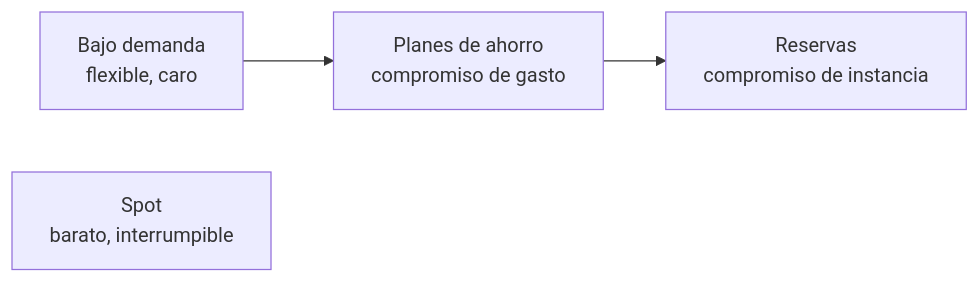
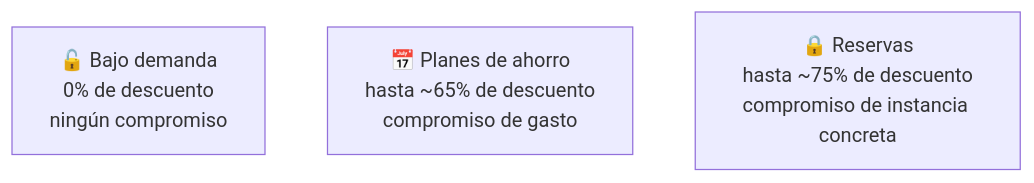
Before and after one commit to aitorventura/introduccion-nube: the diagram in docs/tema5/economia-nube.md, drawn with Mermaid. The commit also changed other lines of this file and 3 other files, not shown here.

````diff
--- a/docs/tema5/economia-nube.md
+++ b/docs/tema5/economia-nube.md
@@ -65,6 +73,7 @@
 ```mermaid
 flowchart LR
-    A["Bajo demanda<br/>flexible, caro"] --> B["Planes de ahorro<br/>compromiso de gasto"]
-    B --> C["Reservas<br/>compromiso de instancia"]
-    D["Spot<br/>barato, interrumpible"]
+    A["🔓 Bajo demanda<br/>0% de descuento<br/>ningún compromiso"]
+    B["📅 Planes de ahorro<br/>hasta ~65% de descuento<br/>compromiso de gasto"]
+    C["🔒 Reservas<br/>hasta ~75% de descuento<br/>compromiso de instancia concreta"]
+    A ~~~ B ~~~ C
 ```
````
